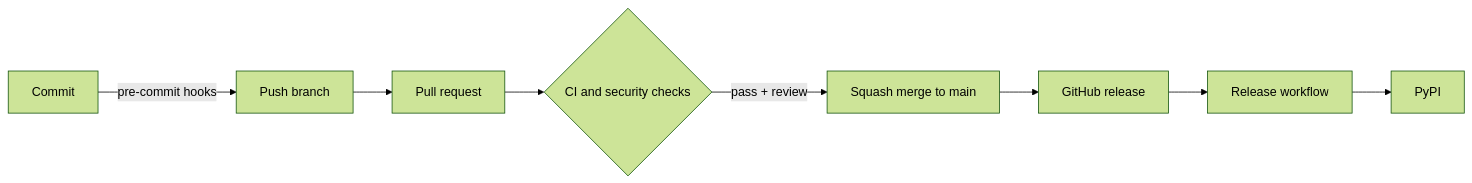
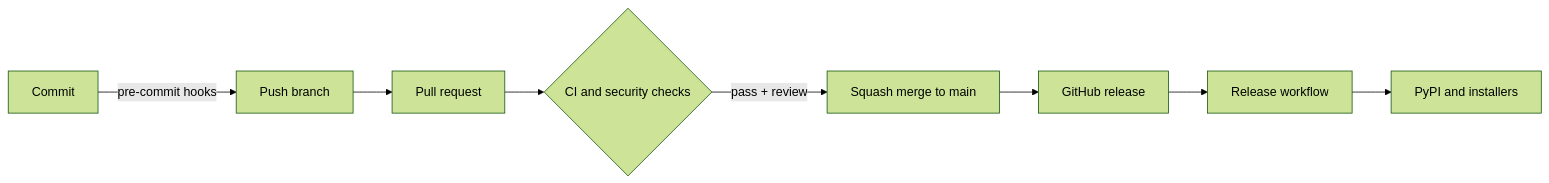
The first of 3 diagrams in docs/architecture.md (coldsofttech/python-cornea-ui-public-repo-template), drawn with Mermaid (forest theme) before and after one commit. The commit also changed other lines of this file and 219 other files, not shown here.

````diff
--- a/docs/architecture.md
+++ b/docs/architecture.md
@@ -9,10 +9,10 @@
 ```mermaid
 flowchart LR
     A[Commit] -->|pre-commit hooks| B[Push branch]
     B --> C[Pull request]
     C --> D{CI and security checks}
     D -->|pass + review| E[Squash merge to main]
     E --> F[GitHub release]
     F --> G[Release workflow]
-    G --> H[PyPI]
+    G --> H[PyPI and installers]
 ```
````
